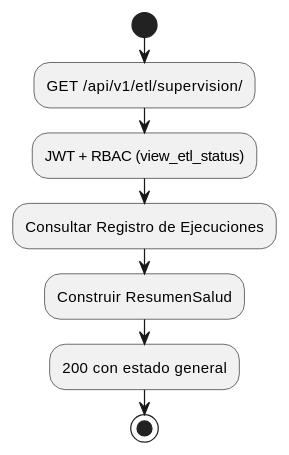
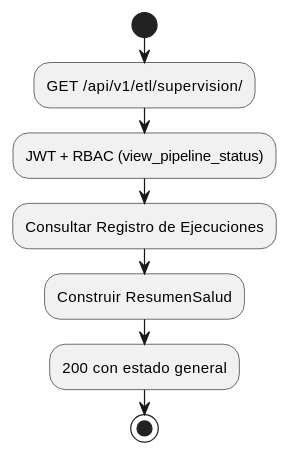
One commit to jcg-admin/IACT-docs changed the second of 4 diagrams in source/requisitos/casos-uso/pipeline/uc-pip-01/diagramas-uml.rst. Above: the diagram before and after it, drawn with PlantUML. The commit also changed other lines of this file and 157 other files, not shown here.

First line of the commit message:
Enforce catalog function names across all diagrams

```diff
--- a/source/requisitos/casos-uso/pipeline/uc-pip-01/diagramas-uml.rst
+++ b/source/requisitos/casos-uso/pipeline/uc-pip-01/diagramas-uml.rst
@@ -26,11 +26,11 @@
 .. uml::
 
  @startuml
  start
  :GET /api/v1/etl/supervision/;
- :JWT + RBAC (view_etl_status);
+ :JWT + RBAC (view_pipeline_status);
  :Consultar Registro de Ejecuciones;
  :Construir ResumenSalud;
  :200 con estado general;
  stop
  @enduml
```
